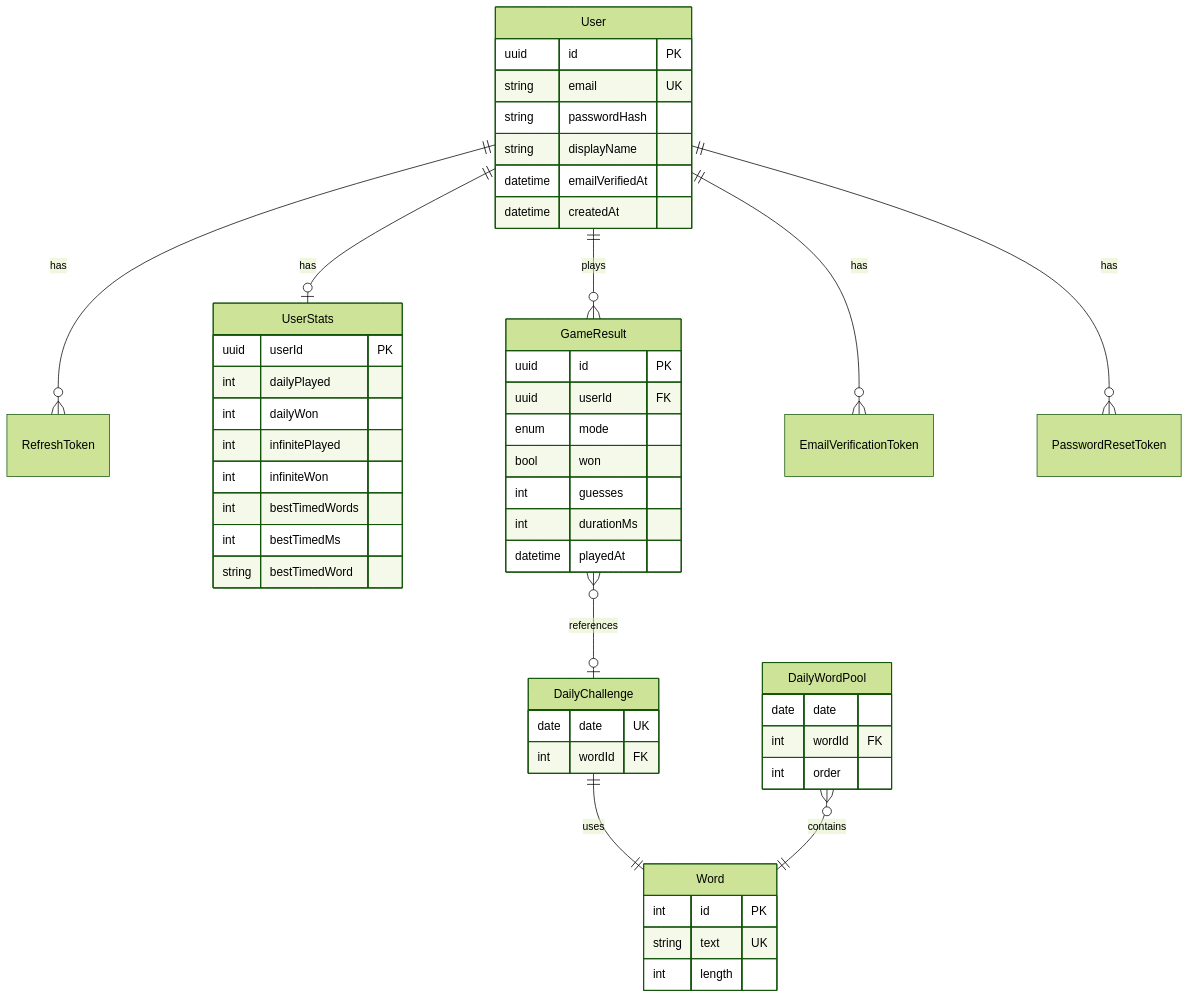
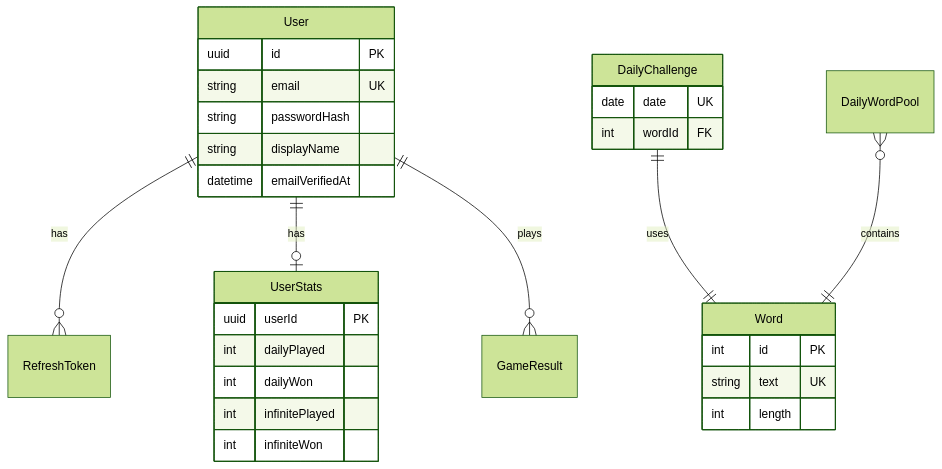
Before and after one commit to habbababbai/wordlopol: the second of 2 diagrams in plans/02-architecture.md, drawn with Mermaid (forest theme). The commit also changed other lines of this file and 4 other files, not shown here.

Commit message:
docs(repo): trim architecture plan and rewrite frontend plan

````diff
--- a/plans/02-architecture.md
+++ b/plans/02-architecture.md
@@ -40,53 +43,32 @@
 ```mermaid
 erDiagram
     User ||--o{ RefreshToken : has
     User ||--o| UserStats : has
     User ||--o{ GameResult : plays
-    User ||--o{ EmailVerificationToken : has
-    User ||--o{ PasswordResetToken : has
     DailyChallenge ||--|| Word : uses
     DailyWordPool }o--|| Word : contains
-    GameResult }o--o| DailyChallenge : references
 
     User {
         uuid id PK
         string email UK
         string passwordHash
         string displayName
         datetime emailVerifiedAt
-        datetime createdAt
     }
     Word {
         int id PK
         string text UK
         int length
     }
     DailyChallenge {
         date date UK
         int wordId FK
     }
-    DailyWordPool {
-        date date
-        int wordId FK
-        int order
-    }
-    GameResult {
-        uuid id PK
-        uuid userId FK
-        enum mode
-        bool won
-        int guesses
-        int durationMs
-        datetime playedAt
-    }
     UserStats {
         uuid userId PK
         int dailyPlayed
         int dailyWon
         int infinitePlayed
         int infiniteWon
-        int bestTimedWords
-        int bestTimedMs
-        string bestTimedWord
     }
 ```
````
